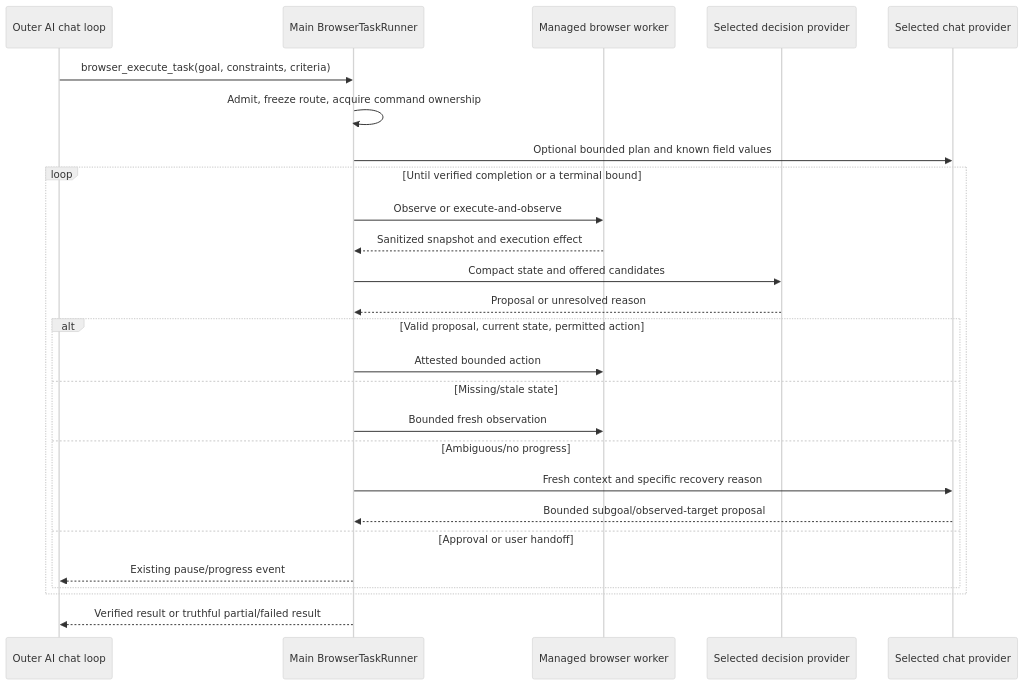
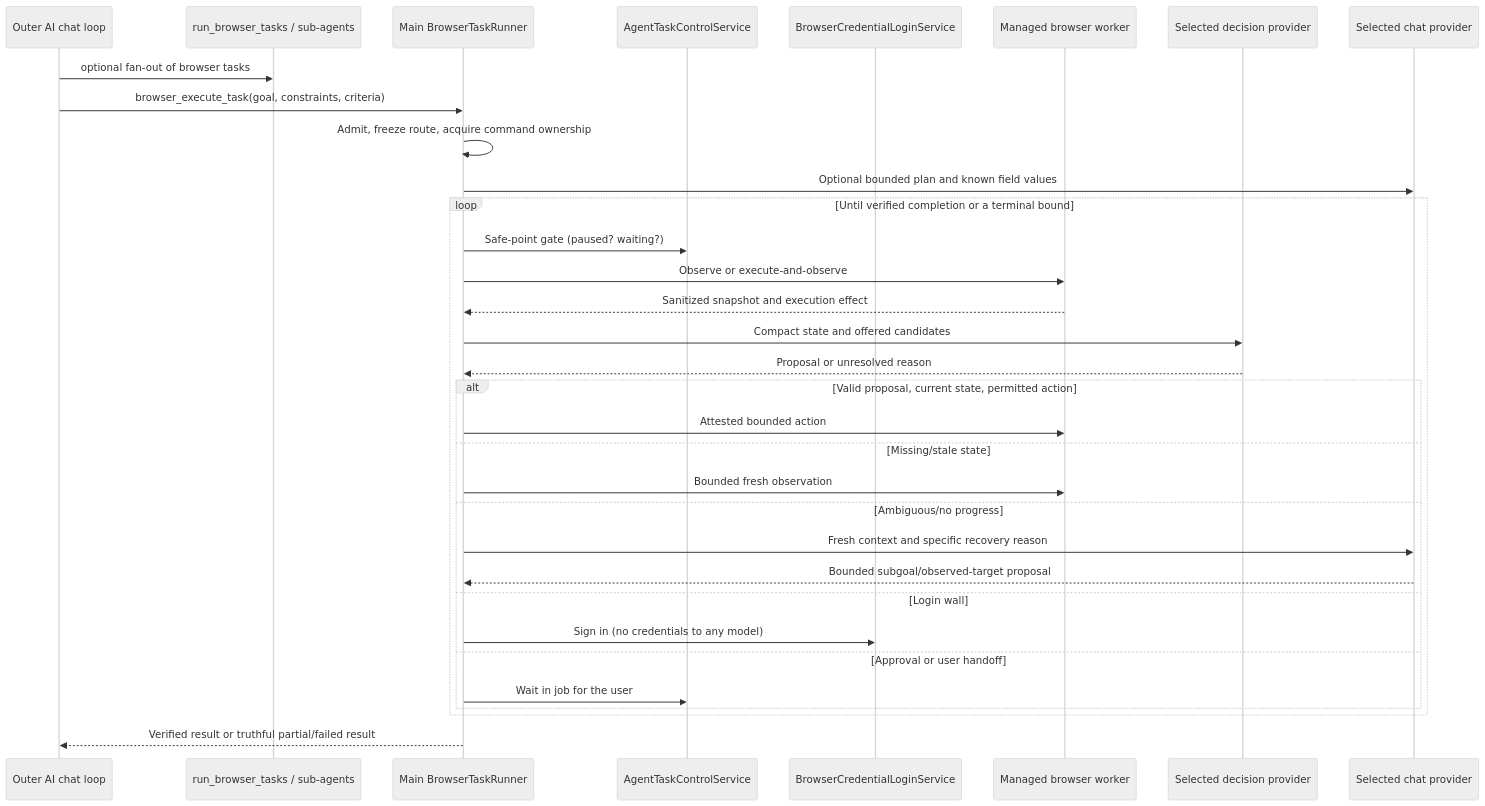
The first of 2 diagrams in docs/prd/browser-decision-acceleration-technical-design.md (robertzengcn/aiFetchly), drawn with Mermaid (neutral theme) before and after one commit. The commit also changed other lines of this file and 1 other file, not shown here.

First line of the commit message:
docs(browser): revise decision-acceleration PRD and design to v1.1

````diff
--- a/docs/prd/browser-decision-acceleration-technical-design.md
+++ b/docs/prd/browser-decision-acceleration-technical-design.md
@@ -36,28 +63,35 @@
 ```mermaid
 sequenceDiagram
     participant Chat as Outer AI chat loop
+    participant Batch as run_browser_tasks / sub-agents
     participant Runner as Main BrowserTaskRunner
+    participant Control as AgentTaskControlService
+    participant Login as BrowserCredentialLoginService
     participant Worker as Managed browser worker
     participant Decision as Selected decision provider
     participant Recovery as Selected chat provider
+    Chat->>Batch: optional fan-out of browser tasks
     Chat->>Runner: browser_execute_task(goal, constraints, criteria)
     Runner->>Runner: Admit, freeze route, acquire command ownership
     Runner->>Recovery: Optional bounded plan and known field values
     loop Until verified completion or a terminal bound
+        Runner->>Control: Safe-point gate (paused? waiting?)
         Runner->>Worker: Observe or execute-and-observe
         Worker-->>Runner: Sanitized snapshot and execution effect
         Runner->>Decision: Compact state and offered candidates
         Decision-->>Runner: Proposal or unresolved reason
         alt Valid proposal, current state, permitted action
             Runner->>Worker: Attested bounded action
         else Missing/stale state
             Runner->>Worker: Bounded fresh observation
         else Ambiguous/no progress
             Runner->>Recovery: Fresh context and specific recovery reason
             Recovery-->>Runner: Bounded subgoal/observed-target proposal
+        else Login wall
+            Runner->>Login: Sign in (no credentials to any model)
         else Approval or user handoff
-            Runner-->>Chat: Existing pause/progress event
+            Runner->>Control: Wait in job for the user
         end
     end
     Runner-->>Chat: Verified result or truthful partial/failed result
 ```
````
